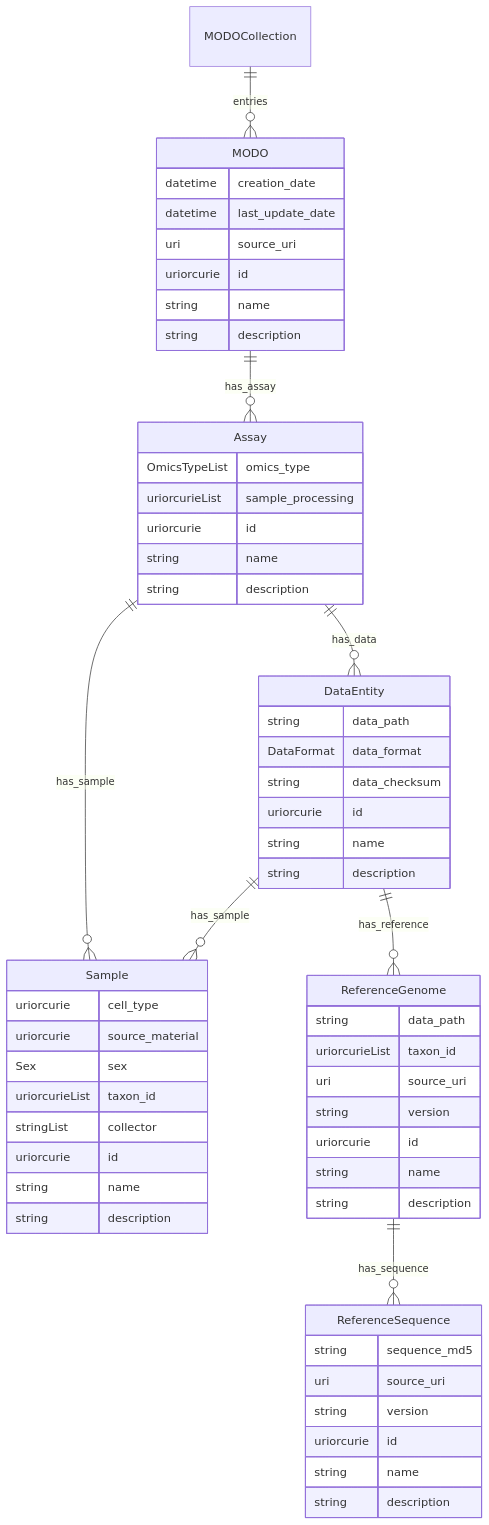
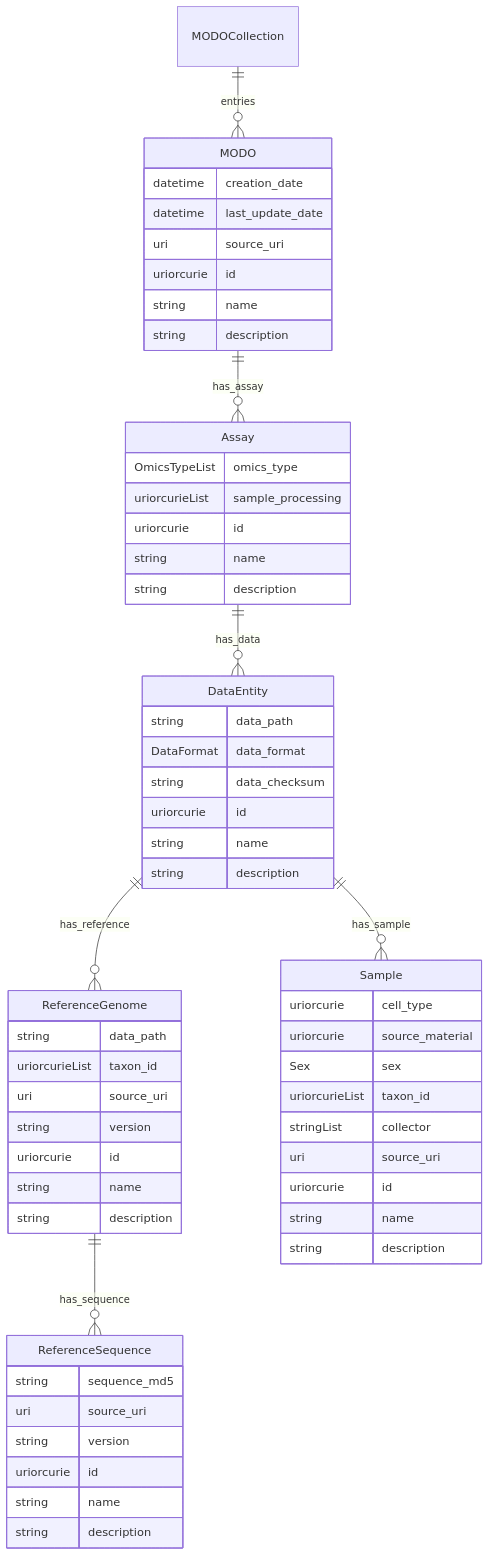
The diagram in README.md (sdsc-ordes/modos-schema), drawn with Mermaid before and after one commit. The commit also changed 12 other files, not shown here.

First line of the commit message:
refactor(assay): drop has sample (#30)

````diff
--- a/README.md
+++ b/README.md
@@ -5,65 +5,65 @@
 ```mermaid
 erDiagram
 MODOCollection {
 
 }
 MODO {
-    datetime creation_date
-    datetime last_update_date
-    uri source_uri
-    uriorcurie id
-    string name
-    string description
+    datetime creation_date  
+    datetime last_update_date  
+    uri source_uri  
+    uriorcurie id  
+    string name  
+    string description  
 }
 Assay {
-    OmicsTypeList omics_type
-    uriorcurieList sample_processing
-    uriorcurie id
-    string name
-    string description
+    OmicsTypeList omics_type  
+    uriorcurieList sample_processing  
+    uriorcurie id  
+    string name  
+    string description  
 }
 DataEntity {
-    string data_path
-    DataFormat data_format
-    string data_checksum
-    uriorcurie id
-    string name
-    string description
+    string data_path  
+    DataFormat data_format  
+    string data_checksum  
+    uriorcurie id  
+    string name  
+    string description  
 }
 ReferenceGenome {
-    string data_path
-    uriorcurieList taxon_id
-    uri source_uri
-    string version
-    uriorcurie id
-    string name
-    string description
+    string data_path  
+    uriorcurieList taxon_id  
+    uri source_uri  
+    string version  
+    uriorcurie id  
+    string name  
+    string description  
 }
 ReferenceSequence {
-    string sequence_md5
-    uri source_uri
-    string version
-    uriorcurie id
-    string name
-    string description
+    string sequence_md5  
+    uri source_uri  
+    string version  
+    uriorcurie id  
+    string name  
+    string description  
 }
 Sample {
-    uriorcurie cell_type
-    uriorcurie source_material
-    Sex sex
-    uriorcurieList taxon_id
-    stringList collector
-    uriorcurie id
-    string name
-    string description
+    uriorcurie cell_type  
+    uriorcurie source_material  
+    Sex sex  
+    uriorcurieList taxon_id  
+    stringList collector  
+    uri source_uri  
+    uriorcurie id  
+    string name  
+    string description  
 }
 
 MODOCollection ||--}o MODO : "entries"
 MODO ||--}o Assay : "has_assay"
-Assay ||--}o Sample : "has_sample"
 Assay ||--}o DataEntity : "has_data"
 DataEntity ||--}o Sample : "has_sample"
 DataEntity ||--}o ReferenceGenome : "has_reference"
 ReferenceGenome ||--}o ReferenceSequence : "has_sequence"
 
 ```
````
